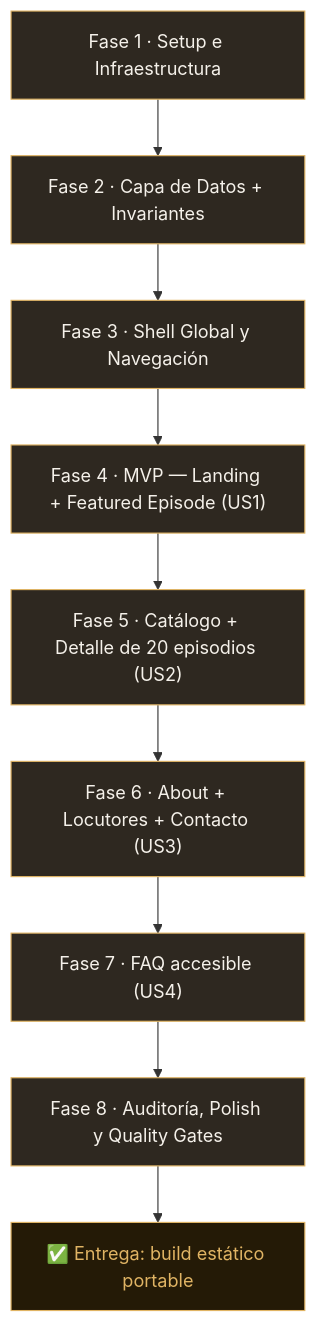
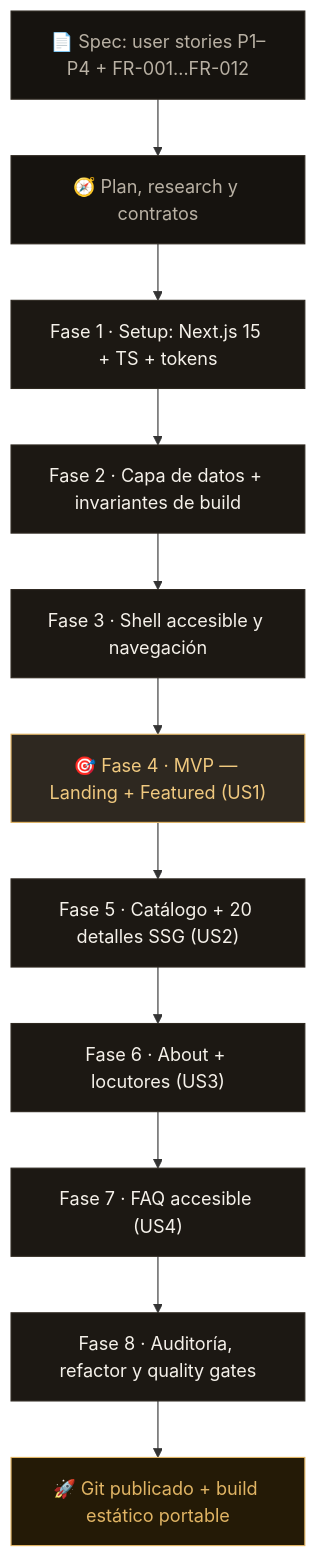
One commit to apariciodiazpatricia-cell/slow-signals-podcast changed the diagram in README.md. Above: the diagram before and after it, drawn with Mermaid. The commit also changed other lines of this file, not shown here.

````diff
--- a/README.md
+++ b/README.md
@@ -74,21 +88,25 @@
 ```mermaid
 graph TD
-    A["Fase 1 · Setup e Infraestructura"] --> B["Fase 2 · Capa de Datos + Invariantes"]
-    B --> C["Fase 3 · Shell Global y Navegación"]
-    C --> D["Fase 4 · MVP — Landing + Featured Episode (US1)"]
-    D --> E["Fase 5 · Catálogo + Detalle de 20 episodios (US2)"]
-    E --> F["Fase 6 · About + Locutores + Contacto (US3)"]
-    F --> G["Fase 7 · FAQ accesible (US4)"]
-    G --> H["Fase 8 · Auditoría, Polish y Quality Gates"]
-    H --> I["✅ Entrega: build estático portable"]
+    A["📄 Spec: user stories P1–P4 + FR-001…FR-012"] --> B["🧭 Plan, research y contratos"]
+    B --> C["Fase 1 · Setup: Next.js 15 + TS + tokens"]
+    C --> D["Fase 2 · Capa de datos + invariantes de build"]
+    D --> E["Fase 3 · Shell accesible y navegación"]
+    E --> F["🎯 Fase 4 · MVP — Landing + Featured (US1)"]
+    F --> G["Fase 5 · Catálogo + 20 detalles SSG (US2)"]
+    G --> H["Fase 6 · About + locutores (US3)"]
+    H --> I["Fase 7 · FAQ accesible (US4)"]
+    I --> J["Fase 8 · Auditoría, refactor y quality gates"]
+    J --> K["🚀 Git publicado + build estático portable"]
 
-    style A fill:#2e2820,stroke:#e0b464,color:#f5f1ea
-    style B fill:#2e2820,stroke:#e0b464,color:#f5f1ea
-    style C fill:#2e2820,stroke:#e0b464,color:#f5f1ea
-    style D fill:#2e2820,stroke:#e0b464,color:#f5f1ea
-    style E fill:#2e2820,stroke:#e0b464,color:#f5f1ea
-    style F fill:#2e2820,stroke:#e0b464,color:#f5f1ea
-    style G fill:#2e2820,stroke:#e0b464,color:#f5f1ea
-    style H fill:#2e2820,stroke:#e0b464,color:#f5f1ea
-    style I fill:#241a06,stroke:#e0b464,color:#e0b464
+    style A fill:#16130f,stroke:#2e2820,color:#b9b1a4
+    style B fill:#16130f,stroke:#2e2820,color:#b9b1a4
+    style C fill:#1c1813,stroke:#2e2820,color:#f5f1ea
+    style D fill:#1c1813,stroke:#2e2820,color:#f5f1ea
+    style E fill:#1c1813,stroke:#2e2820,color:#f5f1ea
+    style F fill:#2e2820,stroke:#e0b464,color:#f0c97f
+    style G fill:#1c1813,stroke:#2e2820,color:#f5f1ea
+    style H fill:#1c1813,stroke:#2e2820,color:#f5f1ea
+    style I fill:#1c1813,stroke:#2e2820,color:#f5f1ea
+    style J fill:#1c1813,stroke:#2e2820,color:#f5f1ea
+    style K fill:#241a06,stroke:#e0b464,color:#e0b464
 ```
````
